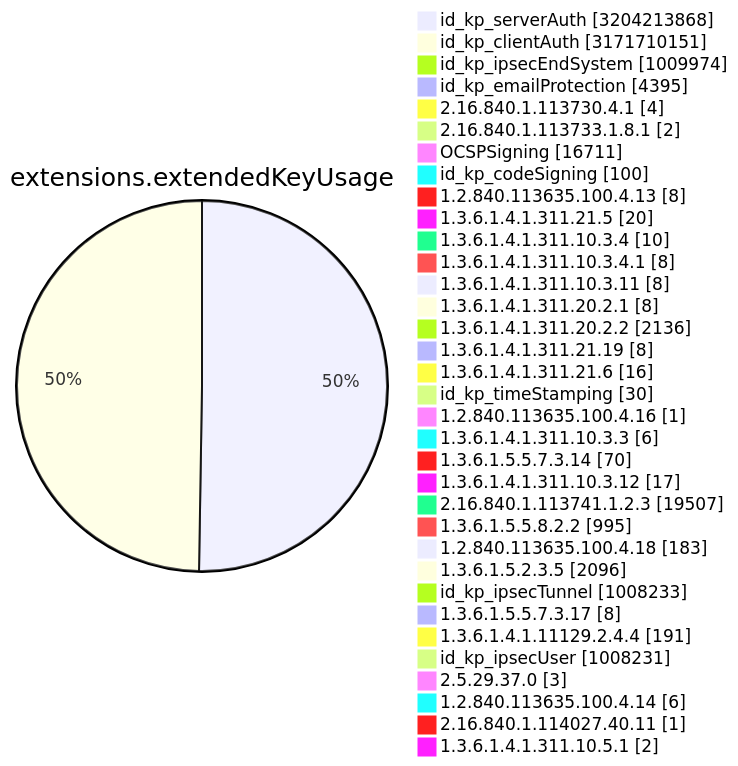
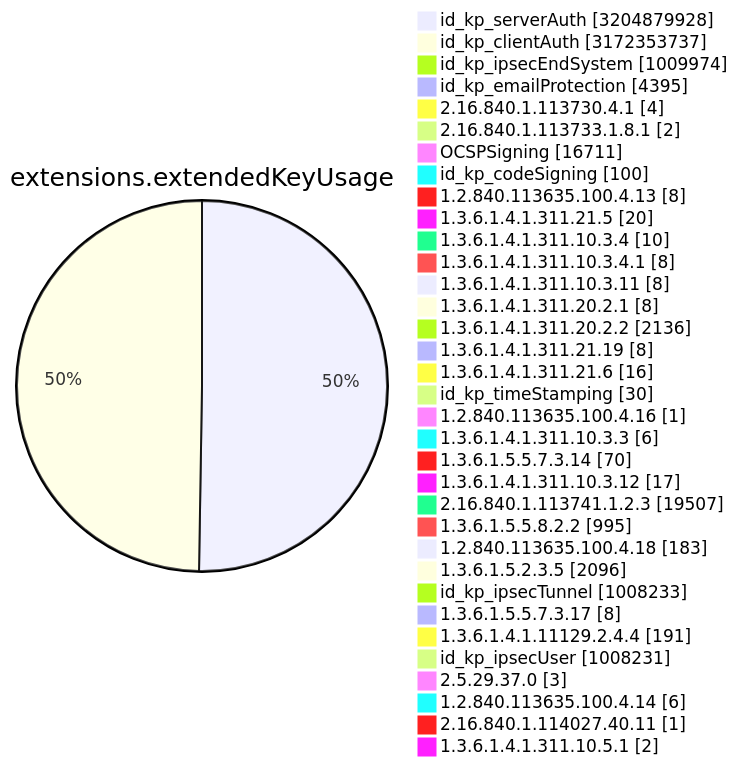
One commit to christiankrug/ctmonitor_visualization changed diagram 11 of 15 in TOTAL/README.md. Above: the diagram before and after it, drawn with Mermaid. The commit also changed other lines of this file, not shown here.

````diff
--- a/TOTAL/README.md
+++ b/TOTAL/README.md
@@ -4119,38 +4119,38 @@
 ```mermaid
 pie showData
 title extensions.extendedKeyUsage
-"id_kp_serverAuth" :3204213868
-"id_kp_clientAuth" :3171710151
+"id_kp_serverAuth" :3204879928
+"id_kp_clientAuth" :3172353737
 "id_kp_ipsecEndSystem" :1009974
 "id_kp_emailProtection" :4395
 "2.16.840.1.113730.4.1" :4
 "2.16.840.1.113733.1.8.1" :2
 "OCSPSigning" :16711
 "id_kp_codeSigning" :100
 "1.2.840.113635.100.4.13" :8
 "1.3.6.1.4.1.311.21.5" :20
 "1.3.6.1.4.1.311.10.3.4" :10
 "1.3.6.1.4.1.311.10.3.4.1" :8
 "1.3.6.1.4.1.311.10.3.11" :8
 "1.3.6.1.4.1.311.20.2.1" :8
 "1.3.6.1.4.1.311.20.2.2" :2136
 "1.3.6.1.4.1.311.21.19" :8
 "1.3.6.1.4.1.311.21.6" :16
 "id_kp_timeStamping" :30
 "1.2.840.113635.100.4.16" :1
 "1.3.6.1.4.1.311.10.3.3" :6
 "1.3.6.1.5.5.7.3.14" :70
 "1.3.6.1.4.1.311.10.3.12" :17
 "2.16.840.1.113741.1.2.3" :19507
 "1.3.6.1.5.5.8.2.2" :995
 "1.2.840.113635.100.4.18" :183
 "1.3.6.1.5.2.3.5" :2096
 "id_kp_ipsecTunnel" :1008233
 "1.3.6.1.5.5.7.3.17" :8
 "1.3.6.1.4.1.11129.2.4.4" :191
 "id_kp_ipsecUser" :1008231
 "2.5.29.37.0" :3
 "1.2.840.113635.100.4.14" :6
 "2.16.840.1.114027.40.11" :1
 "1.3.6.1.4.1.311.10.5.1" :2
 ```
````
